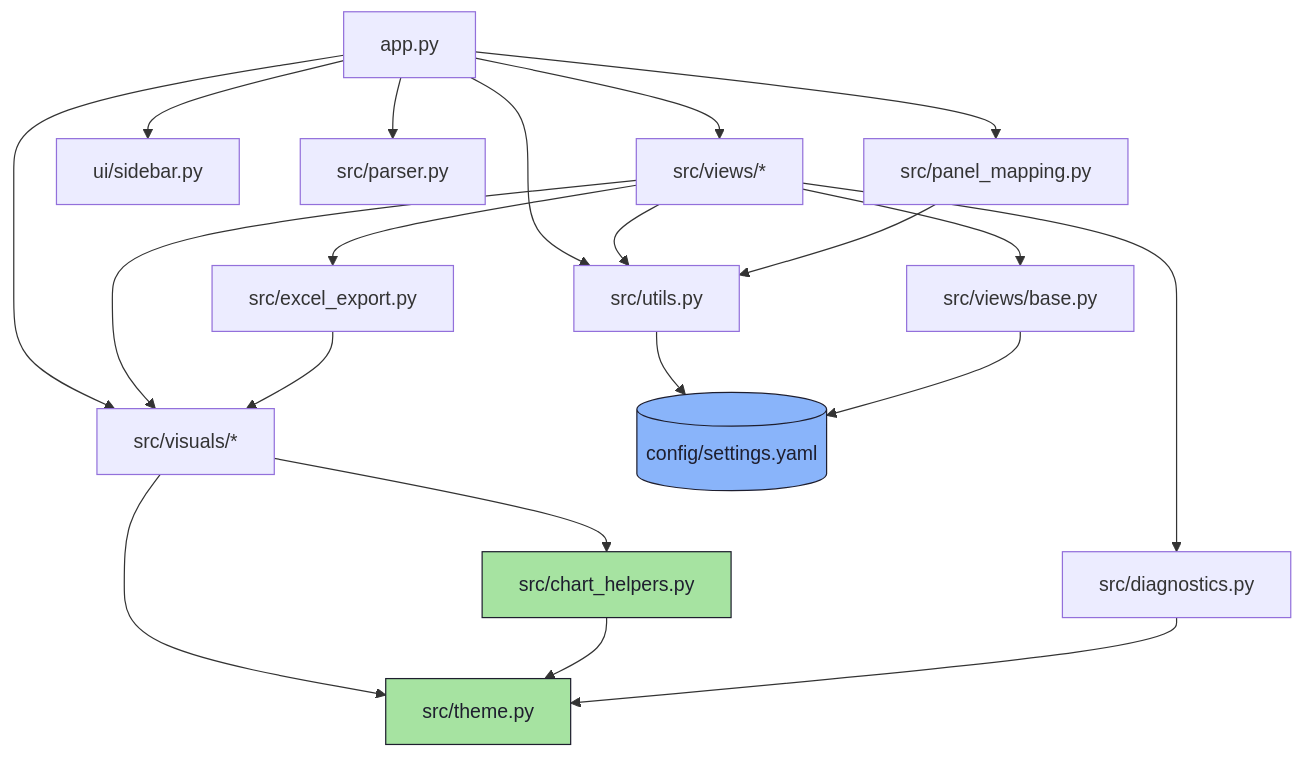
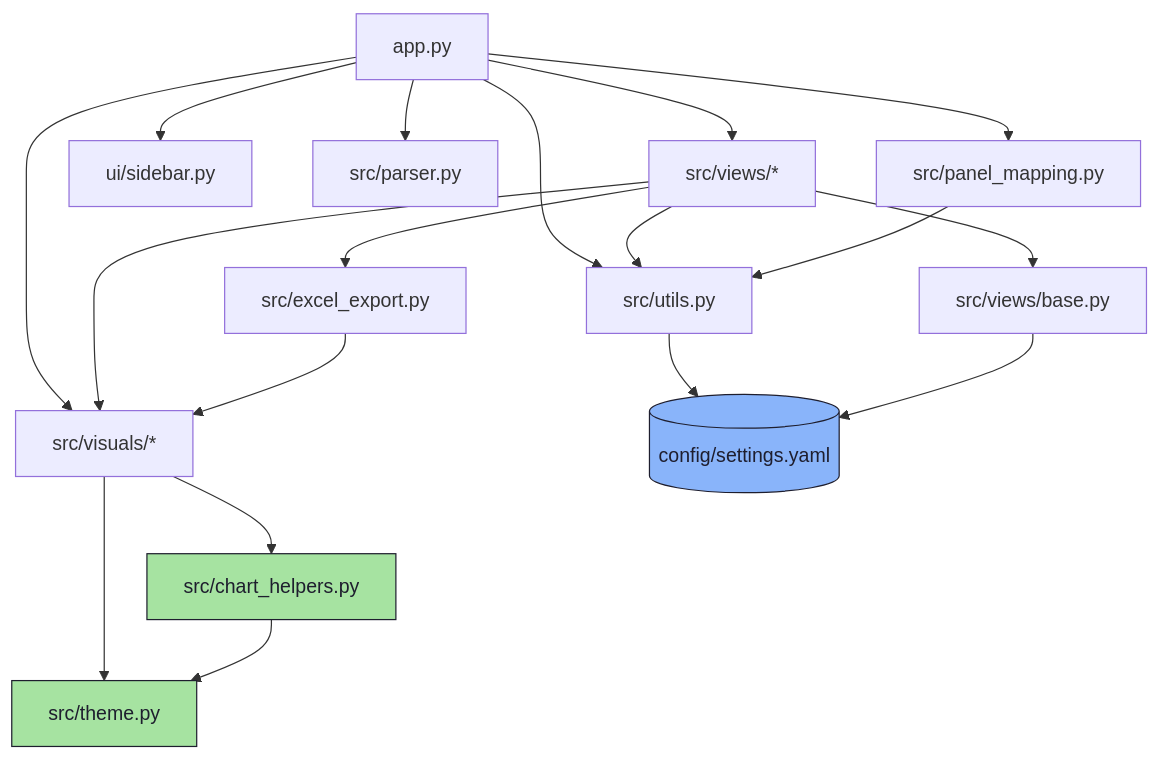
One commit to sheldcoop/QVM changed the first of 2 diagrams in qvm_dashboard/ARCHITECTURE.md. Above: the diagram before and after it, drawn with Mermaid. The commit also changed other lines of this file and 10 other files, not shown here.

````diff
--- a/qvm_dashboard/ARCHITECTURE.md
+++ b/qvm_dashboard/ARCHITECTURE.md
@@ -12,29 +12,27 @@
 ```mermaid
 graph TD
     app[app.py] --> views[src/views/*]
     app --> sidebar[ui/sidebar.py]
     app --> parser[src/parser.py]
     app --> panelmap[src/panel_mapping.py]
     app --> visuals[src/visuals/*]
     app --> utils[src/utils.py]
 
     views --> visuals
-    views --> diagnostics[src/diagnostics.py]
     views --> excel[src/excel_export.py]
     views --> base[src/views/base.py]
     views --> utils
 
     excel --> visuals
     visuals --> theme[src/theme.py]
     visuals --> helpers[src/chart_helpers.py]
     helpers --> theme
-    diagnostics --> theme
     panelmap --> utils
     utils --> config[(config/settings.yaml)]
     base --> config
 
     classDef cfg fill:#89b4fa,stroke:#1e1e2e,color:#1e1e2e;
     classDef tok fill:#a6e3a1,stroke:#1e1e2e,color:#1e1e2e;
     class config cfg;
     class theme,helpers tok;
 ```
````
